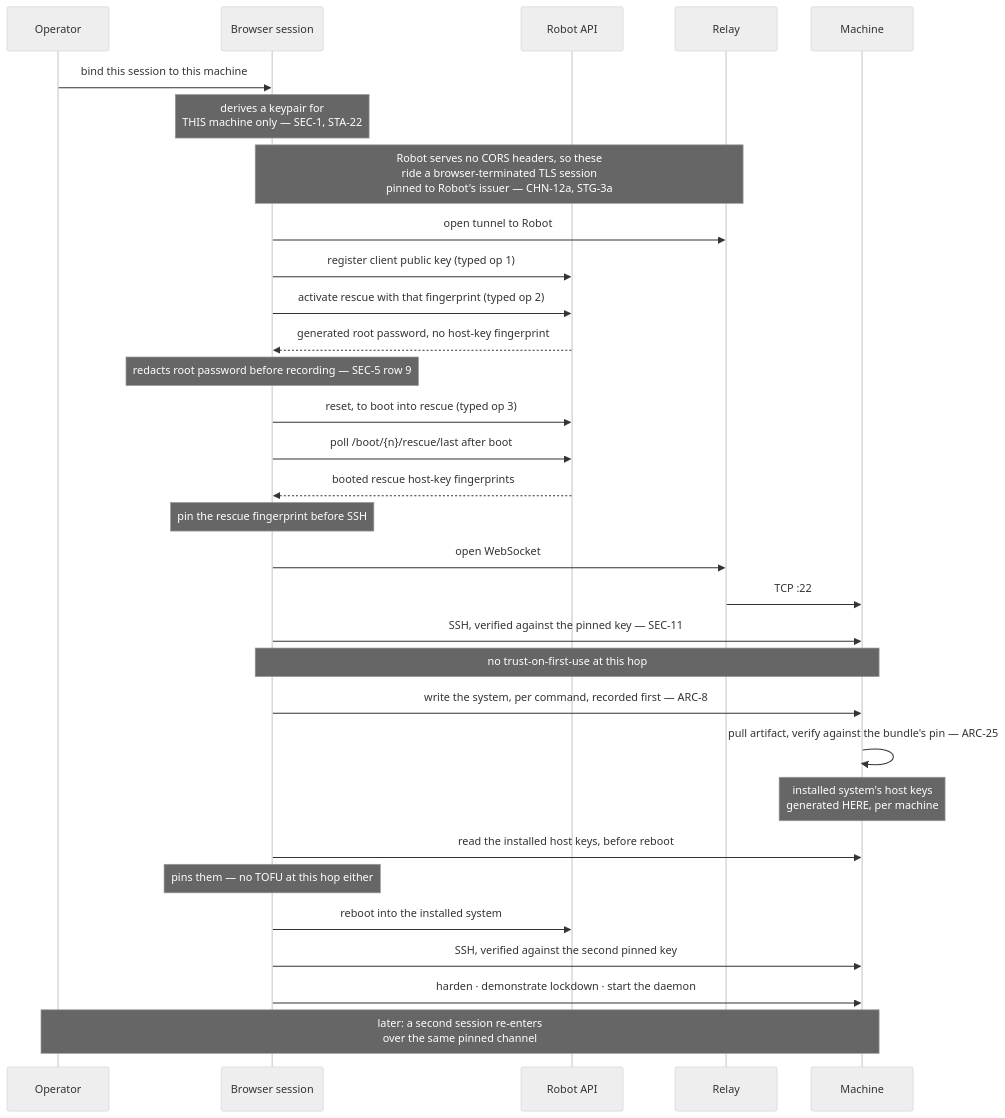
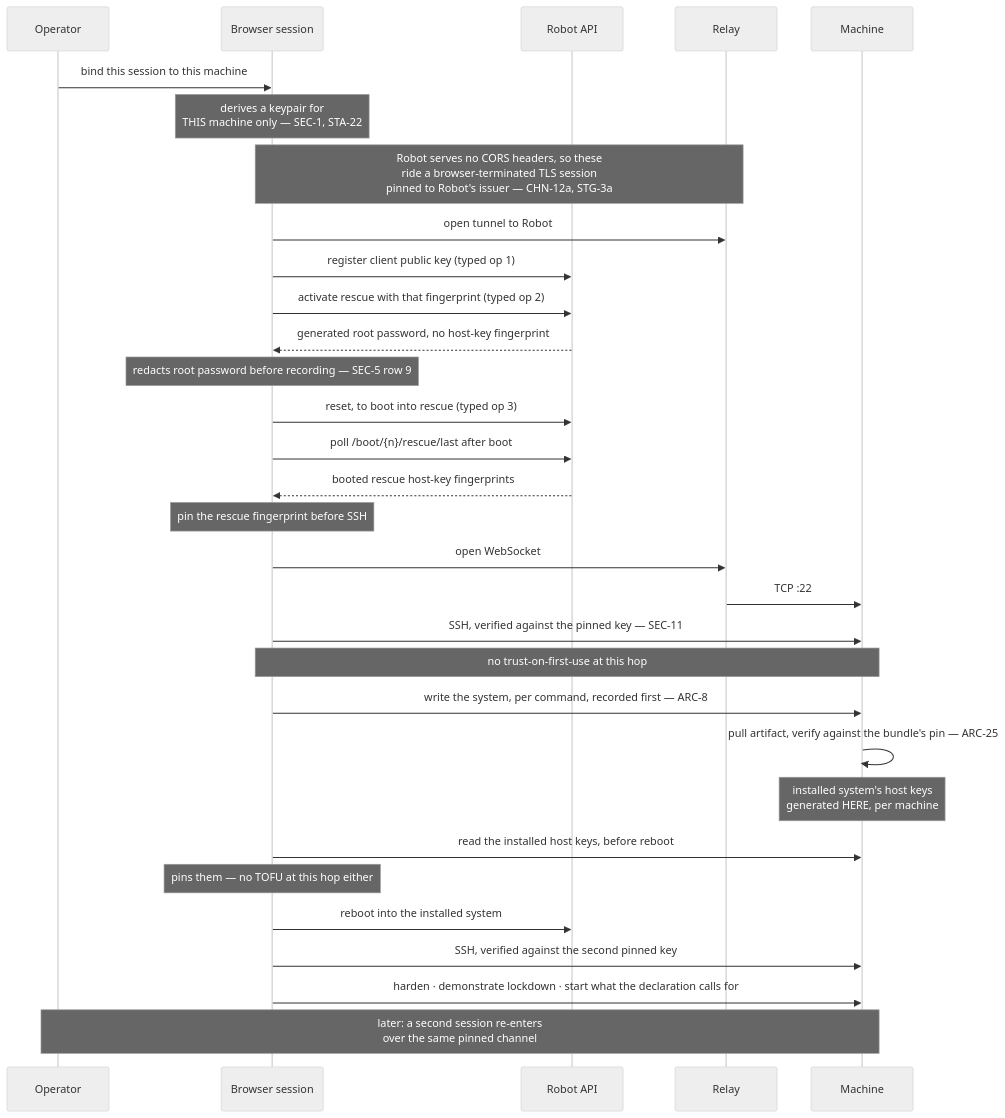
Before and after one commit to douglaz/tau-web-spec: the diagram in 06-first-stage.md, drawn with Mermaid (neutral theme). The commit also changed other lines of this file and 42 other files, not shown here.

````diff
--- a/06-first-stage.md
+++ b/06-first-stage.md
@@ -66,34 +151,34 @@
 ```mermaid
 sequenceDiagram
     participant OP as Operator
     participant B as Browser session
     participant RB as Robot API
     participant RL as Relay
     participant M as Machine
 
     OP->>B: bind this session to this machine
     Note over B: derives a keypair for<br/>THIS machine only — SEC-1, STA-22
     Note over B,RL: Robot serves no CORS headers, so these<br/>ride a browser-terminated TLS session<br/>pinned to Robot's issuer — CHN-12a, STG-3a
     B->>RL: open tunnel to Robot
     B->>RB: register client public key (typed op 1)
     B->>RB: activate rescue with that fingerprint (typed op 2)
     RB-->>B: generated root password, no host-key fingerprint
     Note over B: redacts root password before recording — SEC-5 row 9
     B->>RB: reset, to boot into rescue (typed op 3)
     B->>RB: poll /boot/{n}/rescue/last after boot
     RB-->>B: booted rescue host-key fingerprints
     Note over B: pin the rescue fingerprint before SSH
     B->>RL: open WebSocket
     RL->>M: TCP :22
     B->>M: SSH, verified against the pinned key — SEC-11
     Note over B,M: no trust-on-first-use at this hop
     B->>M: write the system, per command, recorded first — ARC-8
     M->>M: pull artifact, verify against the bundle's pin — ARC-25
     Note over M: installed system's host keys<br/>generated HERE, per machine
     B->>M: read the installed host keys, before reboot
     Note over B: pins them — no TOFU at this hop either
     B->>RB: reboot into the installed system
     B->>M: SSH, verified against the second pinned key
-    B->>M: harden · demonstrate lockdown · start the daemon
+    B->>M: harden · demonstrate lockdown · start what the declaration calls for
     Note over OP,M: later: a second session re-enters<br/>over the same pinned channel
 ```
````
